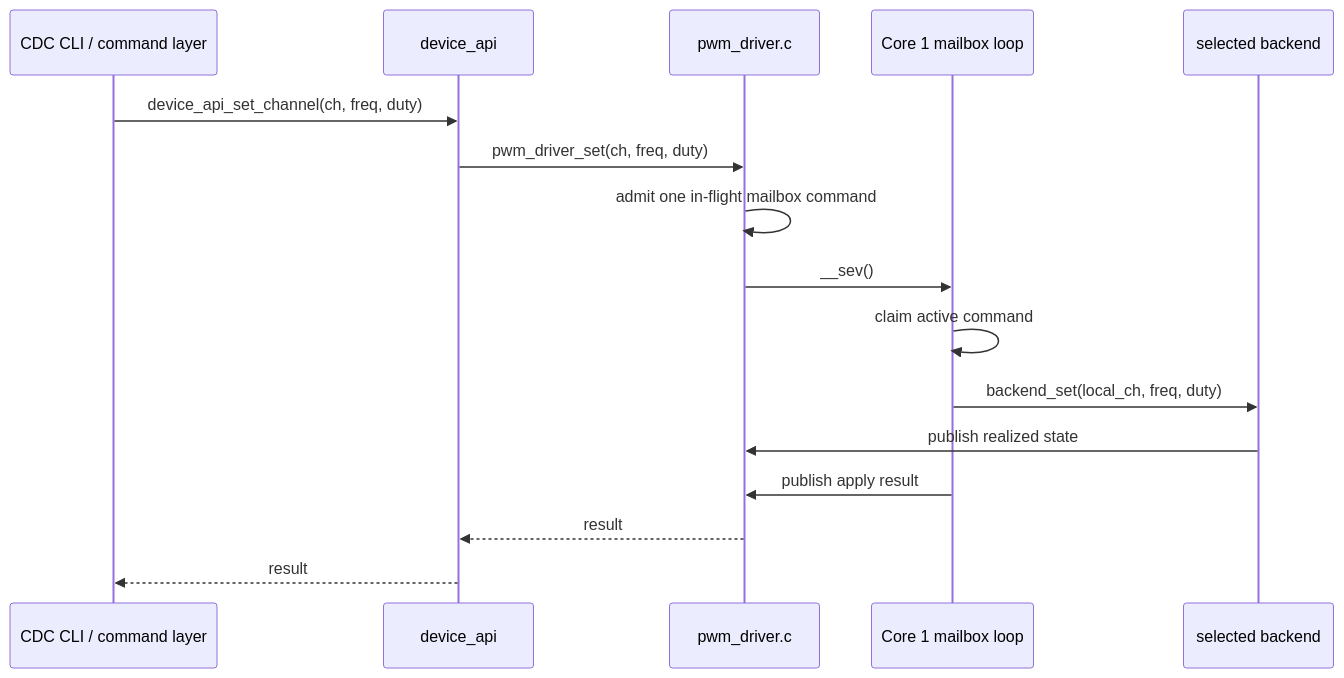
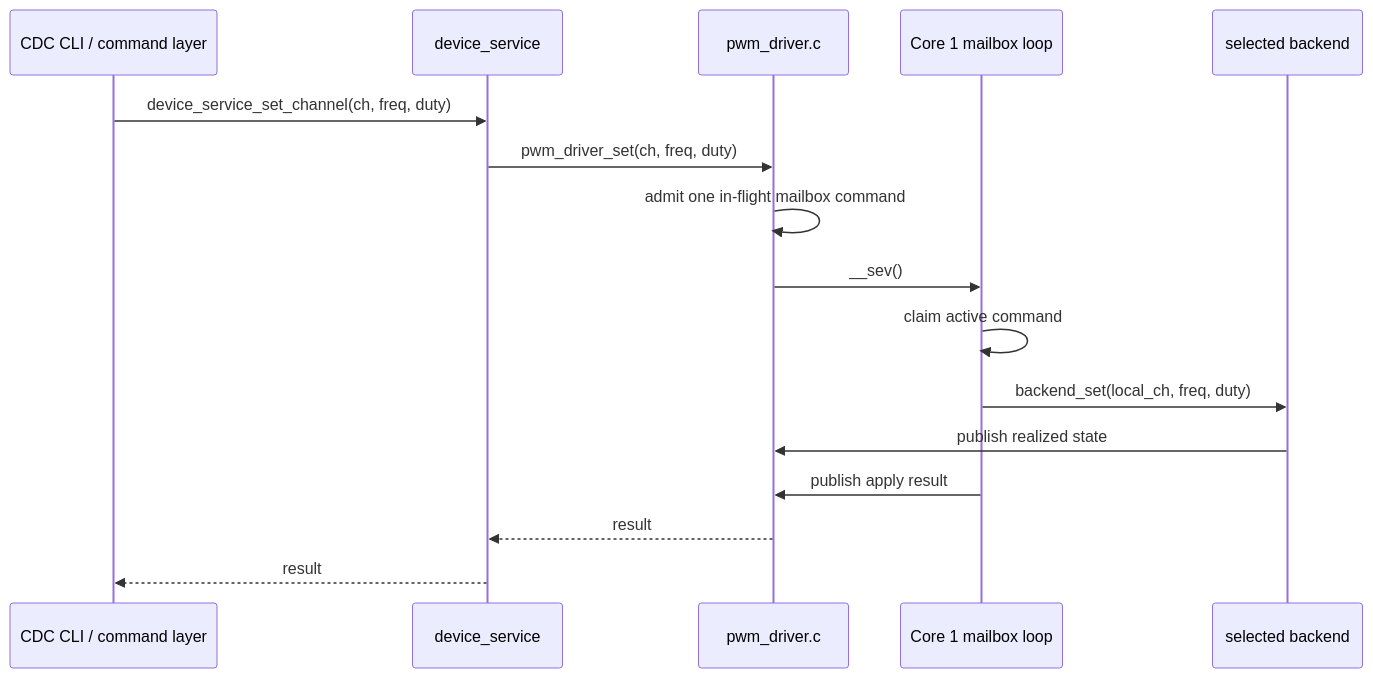
One commit to djwinter29-oss/PicoPWM changed the fifth of 8 diagrams in docs/design/pwm_driver_design.md. Above: the diagram before and after it, drawn with Mermaid. The commit also changed other lines of this file and 115 other files, not shown here.

````diff
--- a/docs/design/pwm_driver_design.md
+++ b/docs/design/pwm_driver_design.md
@@ -326,19 +326,19 @@
 ```mermaid
 sequenceDiagram
     participant CLI as CDC CLI / command layer
-    participant CTL as device_api
+    participant CTL as device_service
     participant WR as pwm_driver.c
     participant C1 as Core 1 mailbox loop
     participant BE as selected backend
 
-    CLI->>CTL: device_api_set_channel(ch, freq, duty)
+    CLI->>CTL: device_service_set_channel(ch, freq, duty)
     CTL->>WR: pwm_driver_set(ch, freq, duty)
     WR->>WR: admit one in-flight mailbox command
     WR->>C1: __sev()
     C1->>C1: claim active command
     C1->>BE: backend_set(local_ch, freq, duty)
     BE->>WR: publish realized state
     C1->>WR: publish apply result
     WR-->>CTL: result
     CTL-->>CLI: result
 ```
````
